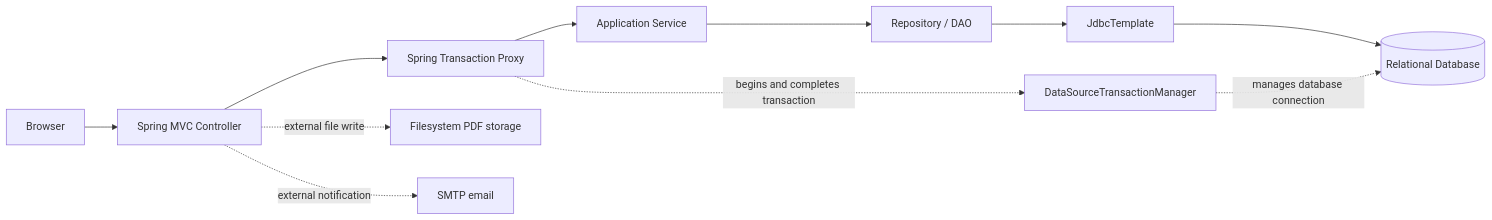
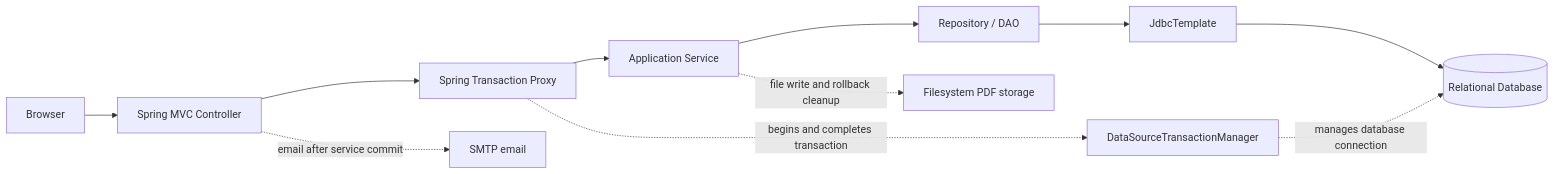
Before and after one commit to pio-o-connell/Deferment: the second of 2 diagrams in README.md, drawn with Mermaid. The commit also changed other lines of this file and 19 other files, not shown here.

````diff
--- a/README.md
+++ b/README.md
@@ -391,13 +385,13 @@
 ```mermaid
 flowchart LR
     Browser[Browser] --> Controller[Spring MVC Controller]
     Controller --> Proxy[Spring Transaction Proxy]
     Proxy --> Service[Application Service]
     Proxy -. begins and completes transaction .-> Manager[DataSourceTransactionManager]
     Service --> DAO[Repository / DAO]
     DAO --> JdbcTemplate[JdbcTemplate]
     JdbcTemplate --> Database[(Relational Database)]
     Manager -. manages database connection .-> Database
-    Controller -. external file write .-> PDF[Filesystem PDF storage]
-    Controller -. external notification .-> SMTP[SMTP email]
+    Service -. file write and rollback cleanup .-> PDF[Filesystem PDF storage]
+    Controller -. email after service commit .-> SMTP[SMTP email]
 ```
````
